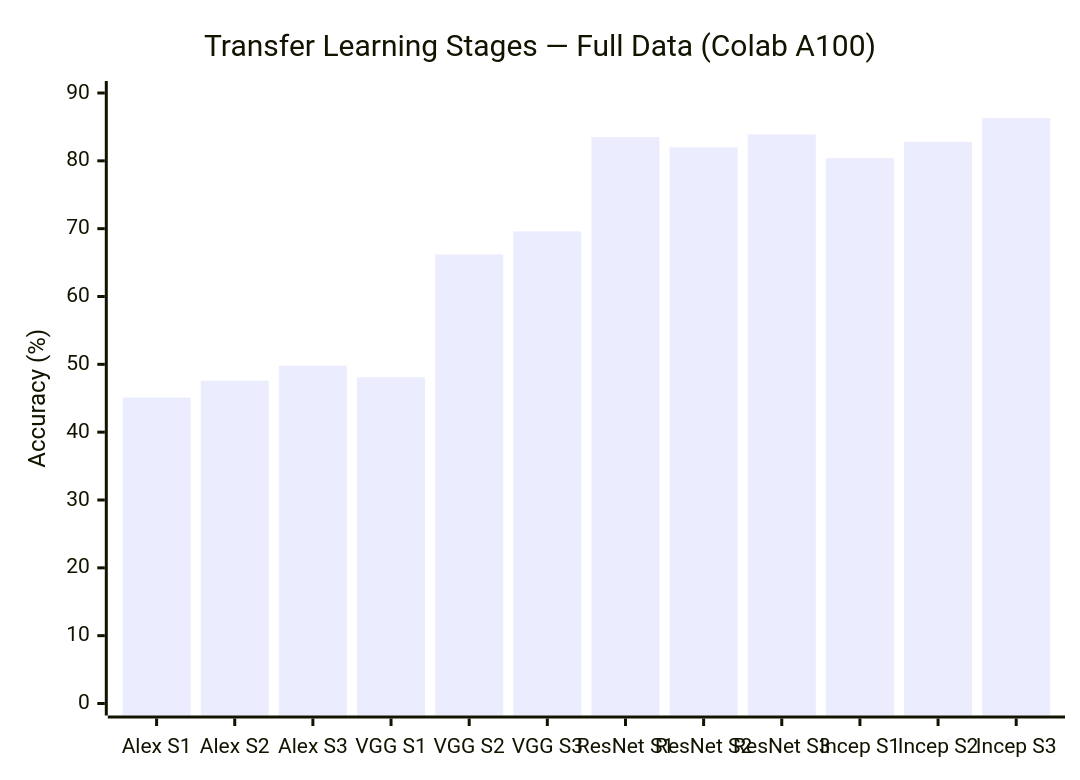
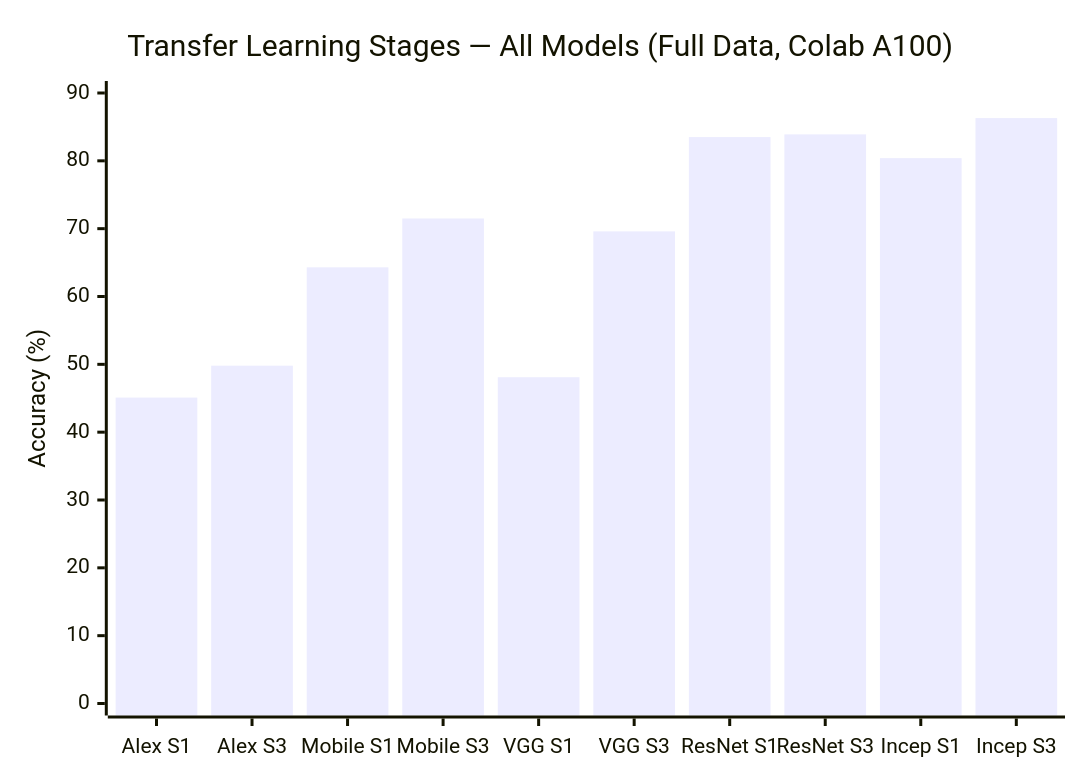
Diagram 19 of 31 in README.md (hadarwayn/L41-Which-dog-are-you-), drawn with Mermaid before and after one commit. The commit also changed other lines of this file, not shown here.

First line of the commit message:
docs(readme): FINAL RESULTS from Colab A100 — all 6 models complete!

````diff
--- a/README.md
+++ b/README.md
@@ -464,7 +465,7 @@
 ```mermaid
 xychart-beta
-    title "Transfer Learning Stages — Full Data (Colab A100)"
-    x-axis ["Alex S1", "Alex S2", "Alex S3", "VGG S1", "VGG S2", "VGG S3", "ResNet S1", "ResNet S2", "ResNet S3", "Incep S1", "Incep S2", "Incep S3"]
+    title "Transfer Learning Stages — All Models (Full Data, Colab A100)"
+    x-axis ["Alex S1", "Alex S3", "Mobile S1", "Mobile S3", "VGG S1", "VGG S3", "ResNet S1", "ResNet S3", "Incep S1", "Incep S3"]
     y-axis "Accuracy (%)" 0 --> 90
-    bar [45.1, 47.6, 49.8, 48.1, 66.2, 69.6, 83.5, 82.0, 83.9, 80.4, 82.8, 86.3]
+    bar [45.1, 49.8, 64.3, 71.5, 48.1, 69.6, 83.5, 83.9, 80.4, 86.3]
 ```
````
